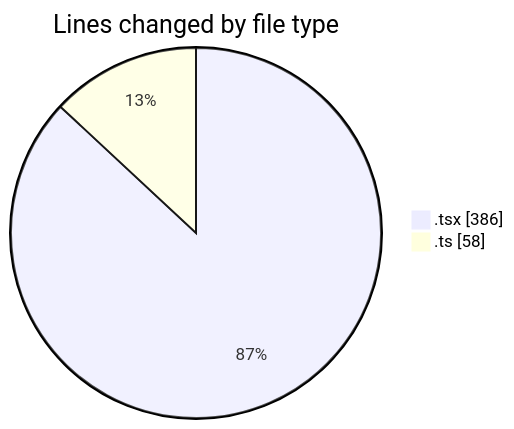
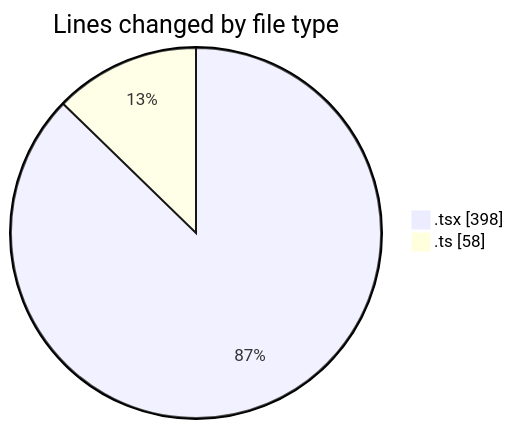
One commit to nxtqubesakshisongat/code-tracking changed the first of 2 diagrams in 2026-04-17/airfeed-analytics-dashboard/README.md. Above: the diagram before and after it, drawn with Mermaid. The commit also changed other lines of this file and 1 other file, not shown here.

````diff
--- a/2026-04-17/airfeed-analytics-dashboard/README.md
+++ b/2026-04-17/airfeed-analytics-dashboard/README.md
@@ -22,6 +22,6 @@
 ```mermaid
 pie showData
 title Lines changed by file type
-".tsx" : 386
+".tsx" : 398
 ".ts" : 58
 ```
````
